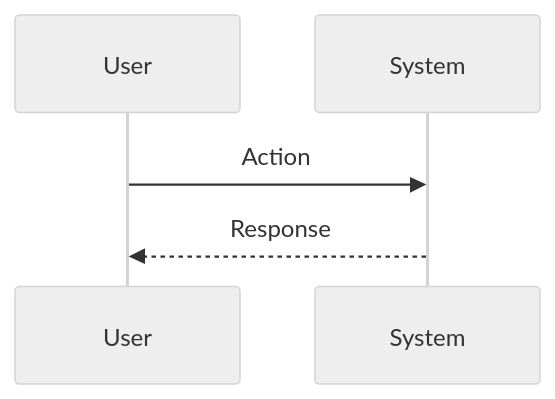
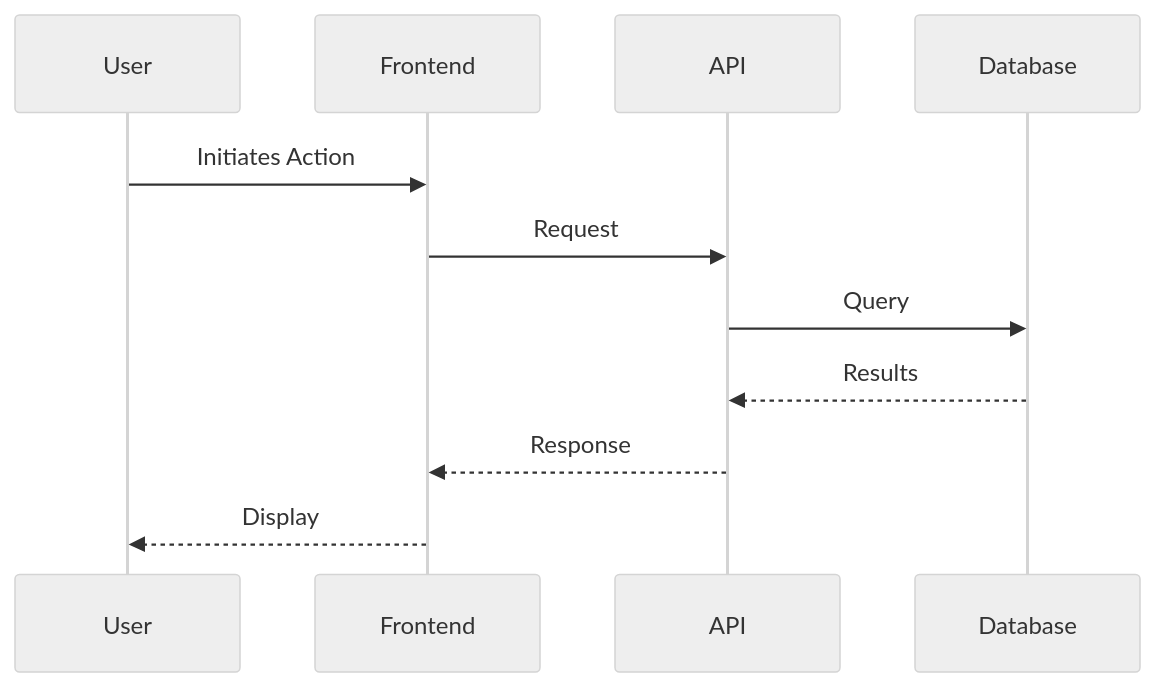
Before and after one commit to kennedym-ds/copilot_orchestrator: the second of 4 diagrams in docs/templates/plan.md, drawn with Mermaid (neutral theme). The commit also changed other lines of this file and 7 other files, not shown here.

First line of the commit message:
Enhance planning documentation and validation for Mermaid diagrams

````diff
--- a/docs/templates/plan.md
+++ b/docs/templates/plan.md
@@ -13,7 +21,14 @@
 ```mermaid
 sequenceDiagram
     participant User
-    participant System
-    User->>System: Action
-    System-->>User: Response
+    participant Frontend
+    participant API
+    participant Database
+    
+    User->>Frontend: Initiates Action
+    Frontend->>API: Request
+    API->>Database: Query
+    Database-->>API: Results
+    API-->>Frontend: Response
+    Frontend-->>User: Display
 ```
````
